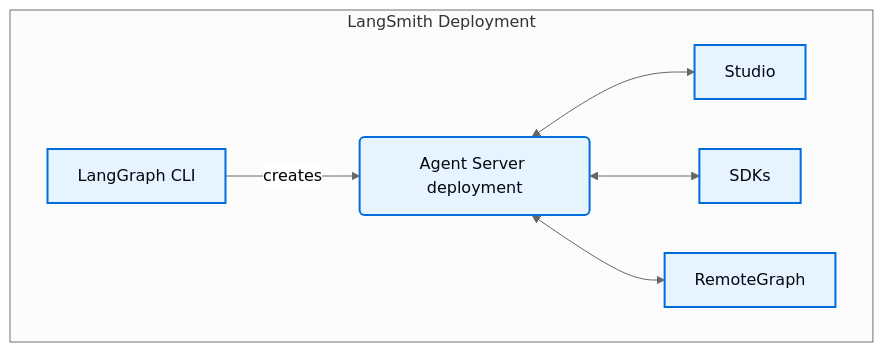
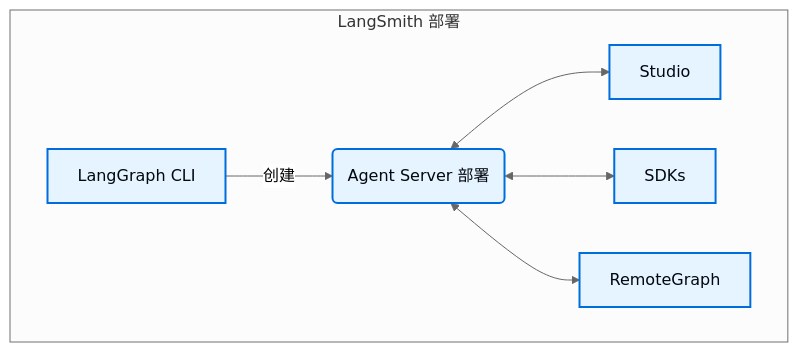
One commit to kunfan96/cndocs-langchain changed the diagram in langsmith/studio.mdx. Above: the diagram before and after it, drawn with Mermaid (neutral theme). The commit also changed other lines of this file and 2498 other files, not shown here.

````diff
--- a/langsmith/studio.mdx
+++ b/langsmith/studio.mdx
@@ -28,13 +28,13 @@
 ```mermaid actions={false}
 flowchart
-    subgraph LangSmith Deployment
-        A[LangGraph CLI] -->|creates| B(Agent Server deployment)
+    subgraph LangSmith 部署
+        A[LangGraph CLI] -->|创建| B(Agent Server 部署)
         B <--> D[Studio]
         B <--> E[SDKs]
         B <--> F[RemoteGraph]
     end
 
     classDef process fill:#E5F4FF,stroke:#006DDD,stroke-width:2px,color:#030710
 
     class A,B,D,E,F process
 ```
````
